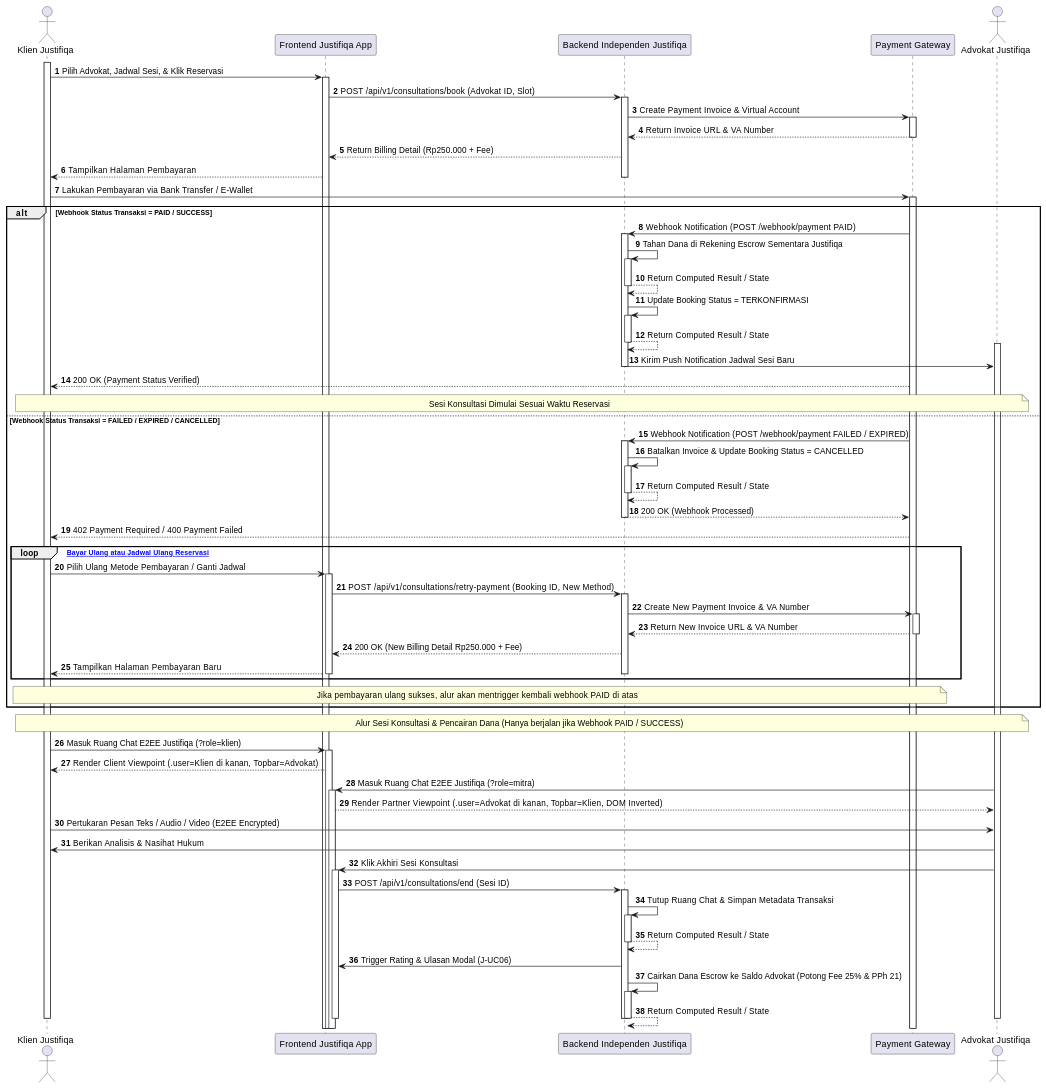
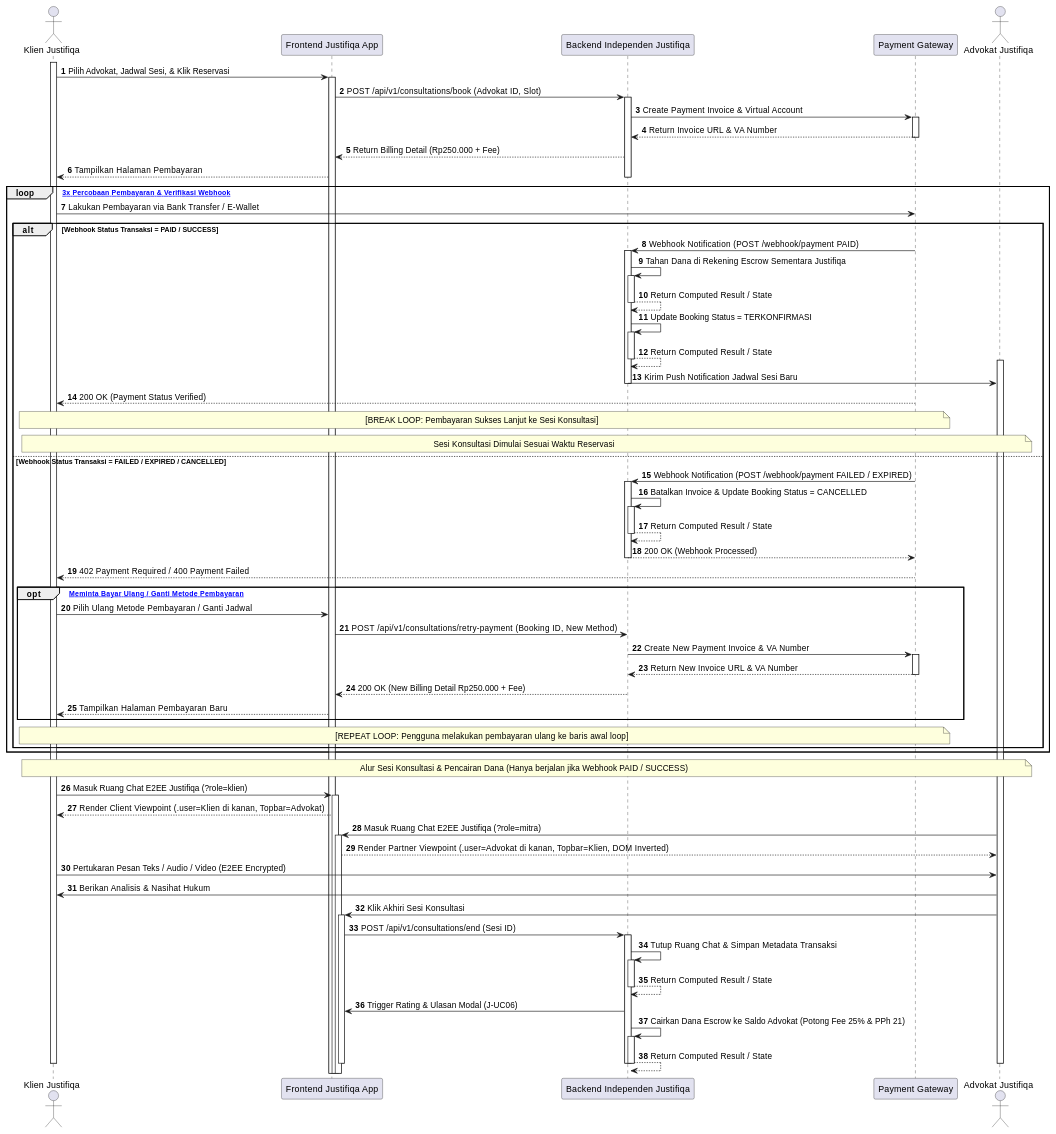
The third of 27 diagrams in MarkDown/plantuml_sequence_diagrams.md (tupperwureism/SuperApp-Gagal), drawn with PlantUML before and after one commit. The commit also changed other lines of this file and 2 other files, not shown here.

Commit message:
refactor(uml): standardize outer loop validation pattern and enforce 1-to-1 decision mapping between AD and SD

````diff
--- a/MarkDown/plantuml_sequence_diagrams.md
+++ b/MarkDown/plantuml_sequence_diagrams.md
@@ -157,74 +167,74 @@
 ```plantuml
 @startuml
 autonumber
 actor "Klien Justifiqa" as Klien
 participant "Frontend Justifiqa App" as FE
 participant "Backend Independen Justifiqa" as BE
 participant "Payment Gateway" as PG
 actor "Advokat Justifiqa" as Mitra
 
 activate Klien
 Klien -> FE ++ : Pilih Advokat, Jadwal Sesi, & Klik Reservasi
 FE -> BE ++ : POST /api/v1/consultations/book (Advokat ID, Slot)
 BE -> PG ++ : Create Payment Invoice & Virtual Account
 PG --> BE -- : Return Invoice URL & VA Number
 BE --> FE : Return Billing Detail (Rp250.000 + Fee)
 FE --> Klien : Tampilkan Halaman Pembayaran
 deactivate BE
 
-Klien -> PG ++ : Lakukan Pembayaran via Bank Transfer / E-Wallet
+loop [Maksimal 3x Percobaan Pembayaran & Verifikasi Webhook]
+    Klien -> PG : Lakukan Pembayaran via Bank Transfer / E-Wallet
 
-alt Webhook Status Transaksi = PAID / SUCCESS
-    PG -> BE ++ : Webhook Notification (POST /webhook/payment PAID)
-    BE -> BE ++ : Tahan Dana di Rekening Escrow Sementara Justifiqa
-    BE --> BE -- : Return Computed Result / State
-    BE -> BE ++ : Update Booking Status = TERKONFIRMASI
-    BE --> BE -- : Return Computed Result / State
-    activate Mitra
-    BE -> Mitra : Kirim Push Notification Jadwal Sesi Baru
-    deactivate BE
-    PG --> Klien : 200 OK (Payment Status Verified)
-    
-    note over Klien, Mitra : Sesi Konsultasi Dimulai Sesuai Waktu Reservasi
-else Webhook Status Transaksi = FAILED / EXPIRED / CANCELLED
-    PG -> BE ++ : Webhook Notification (POST /webhook/payment FAILED / EXPIRED)
-    BE -> BE ++ : Batalkan Invoice & Update Booking Status = CANCELLED
-    BE --> BE -- : Return Computed Result / State
-    BE --> PG -- : 200 OK (Webhook Processed)
-    PG --> Klien : 402 Payment Required / 400 Payment Failed
-    
-    loop [Coba Bayar Ulang atau Jadwal Ulang Reservasi]
-        Klien -> FE ++ : Pilih Ulang Metode Pembayaran / Ganti Jadwal
-        FE -> BE ++ : POST /api/v1/consultations/retry-payment (Booking ID, New Method)
-        BE -> PG ++ : Create New Payment Invoice & VA Number
-        PG --> BE -- : Return New Invoice URL & VA Number
-        BE --> FE : 200 OK (New Billing Detail Rp250.000 + Fee)
-        FE --> Klien : Tampilkan Halaman Pembayaran Baru
+    alt Webhook Status Transaksi = PAID / SUCCESS
+        PG -> BE ++ : Webhook Notification (POST /webhook/payment PAID)
+        BE -> BE ++ : Tahan Dana di Rekening Escrow Sementara Justifiqa
+        BE --> BE -- : Return Computed Result / State
+        BE -> BE ++ : Update Booking Status = TERKONFIRMASI
+        BE --> BE -- : Return Computed Result / State
+        activate Mitra
+        BE -> Mitra : Kirim Push Notification Jadwal Sesi Baru
         deactivate BE
-        deactivate FE
+        PG --> Klien : 200 OK (Payment Status Verified)
+        note over Klien, PG : [BREAK LOOP: Pembayaran Sukses Lanjut ke Sesi Konsultasi]
+        
+        note over Klien, Mitra : Sesi Konsultasi Dimulai Sesuai Waktu Reservasi
+    else Webhook Status Transaksi = FAILED / EXPIRED / CANCELLED
+        PG -> BE ++ : Webhook Notification (POST /webhook/payment FAILED / EXPIRED)
+        BE -> BE ++ : Batalkan Invoice & Update Booking Status = CANCELLED
+        BE --> BE -- : Return Computed Result / State
+        BE --> PG -- : 200 OK (Webhook Processed)
+        PG --> Klien : 402 Payment Required / 400 Payment Failed
+        
+        opt [Pengguna Meminta Bayar Ulang / Ganti Metode Pembayaran]
+            Klien -> FE : Pilih Ulang Metode Pembayaran / Ganti Jadwal
+            FE -> BE : POST /api/v1/consultations/retry-payment (Booking ID, New Method)
+            BE -> PG ++ : Create New Payment Invoice & VA Number
+            PG --> BE -- : Return New Invoice URL & VA Number
+            BE --> FE : 200 OK (New Billing Detail Rp250.000 + Fee)
+            FE --> Klien : Tampilkan Halaman Pembayaran Baru
+        end
+        note over Klien, PG : [REPEAT LOOP: Pengguna melakukan pembayaran ulang ke baris awal loop]
     end
-    
-    note over Klien, PG : Jika pembayaran ulang sukses, alur akan mentrigger kembali webhook PAID di atas
 end
 
 note over Klien, Mitra : Alur Sesi Konsultasi & Pencairan Dana (Hanya berjalan jika Webhook PAID / SUCCESS)
 Klien -> FE ++ : Masuk Ruang Chat E2EE Justifiqa (?role=klien)
 FE --> Klien : Render Client Viewpoint (.user=Klien di kanan, Topbar=Advokat)
 Mitra -> FE ++ : Masuk Ruang Chat E2EE Justifiqa (?role=mitra)
 FE --> Mitra : Render Partner Viewpoint (.user=Advokat di kanan, Topbar=Klien, DOM Inverted)
 Klien -> Mitra : Pertukaran Pesan Teks / Audio / Video (E2EE Encrypted)
 Mitra -> Klien : Berikan Analisis & Nasihat Hukum
 
 Mitra -> FE ++ : Klik Akhiri Sesi Konsultasi
 FE -> BE ++ : POST /api/v1/consultations/end (Sesi ID)
 BE -> BE ++ : Tutup Ruang Chat & Simpan Metadata Transaksi
 BE --> BE -- : Return Computed Result / State
 BE -> FE : Trigger Rating & Ulasan Modal (J-UC06)
 BE -> BE ++ : Cairkan Dana Escrow ke Saldo Advokat (Potong Fee 25% & PPh 21)
 BE --> BE -- : Return Computed Result / State
 deactivate BE
 deactivate FE
 deactivate Klien
 deactivate Mitra
 @enduml
 ```
````
